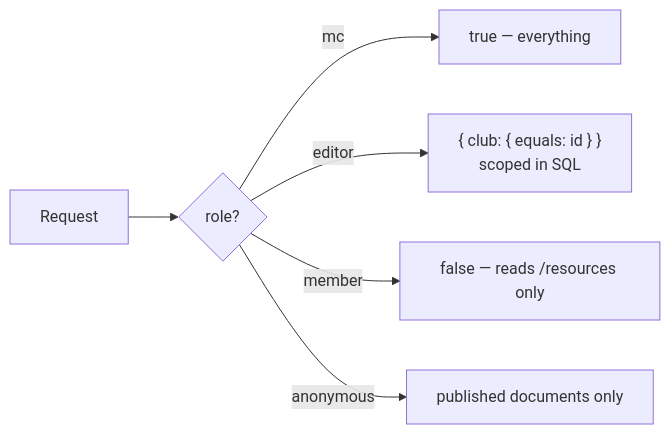
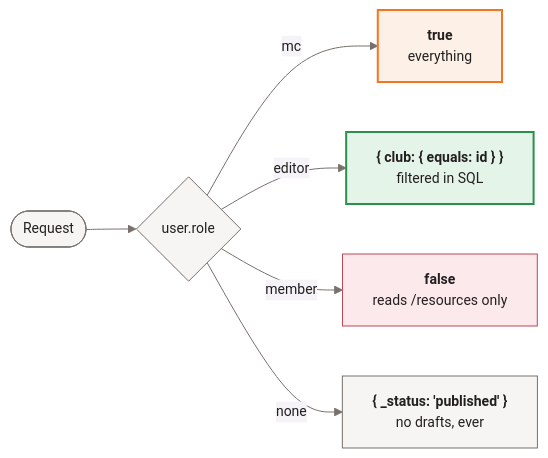
The third of 5 diagrams in README.md (SMUXplorationCrew/smux-web), drawn with Mermaid before and after one commit. The commit also changed other lines of this file and 69 other files, not shown here.

First line of the commit message:
Roadmap wave 1: SEO, validation, CMS control, and the club theme fix (#6)

````diff
--- a/README.md
+++ b/README.md
@@ -84,8 +181,14 @@
 ```mermaid
+%%{init: {"theme":"base","themeVariables":{"primaryColor":"#f7f5f3","primaryTextColor":"#231f20","primaryBorderColor":"#77706c","lineColor":"#77706c","fontSize":"14px"}}}%%
 flowchart LR
-    R["Request"] --> Q{"role?"}
-    Q -->|"mc"| ALL["true — everything"]
-    Q -->|"editor"| SC["{ club: { equals: id } }<br/>scoped in SQL"]
-    Q -->|"member"| NO["false — reads /resources only"]
-    Q -->|"anonymous"| PUB["published documents only"]
+    R(["Request"]) --> Q{"user.role"}
+    Q -->|"mc"| ALL["<b>true</b><br/>everything"]
+    Q -->|"editor"| SC["<b>{ club: { equals: id } }</b><br/>filtered in SQL"]
+    Q -->|"member"| NO["<b>false</b><br/>reads /resources only"]
+    Q -->|"none"| PUB["<b>{ _status: 'published' }</b><br/>no drafts, ever"]
+
+    style ALL fill:#fdf0e7,stroke:#f4751f,stroke-width:2px
+    style SC fill:#e5f4e9,stroke:#2a904b,stroke-width:2px
+    style NO fill:#fbe9ec,stroke:#bc4757
+    style PUB fill:#f7f5f3,stroke:#77706c
 ```
````
